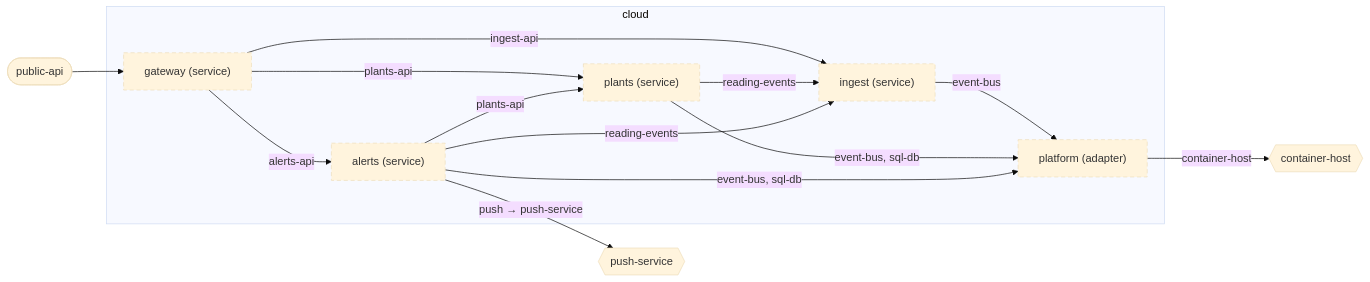
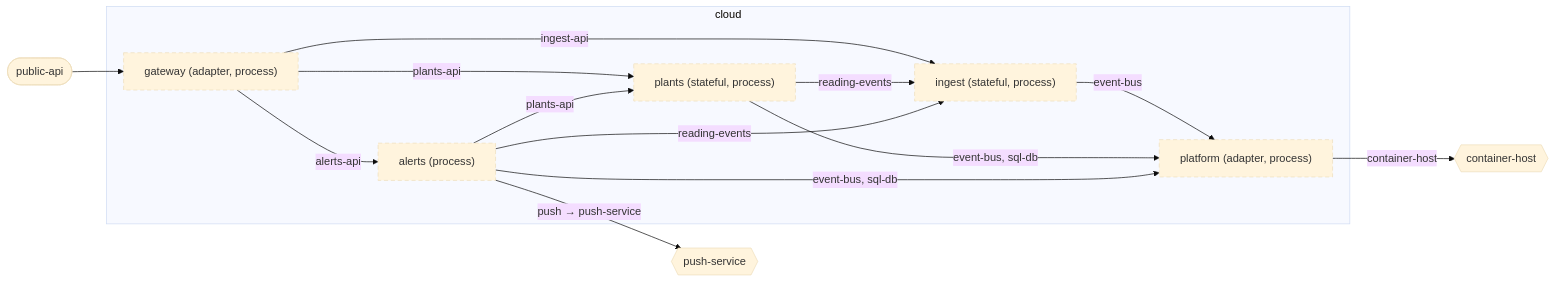
Before and after one commit to wackazong/unifold: the diagram in examples/plantwatch/cloud/docs/diagrams/component.md, drawn with Mermaid (base theme). The commit also changed other lines of this file and 216 other files, not shown here.

````diff
--- a/examples/plantwatch/cloud/docs/diagrams/component.md
+++ b/examples/plantwatch/cloud/docs/diagrams/component.md
@@ -8,30 +8,30 @@
 ```mermaid
 flowchart LR
   subgraph u_cloud["cloud"]
-    u_cloud__platform["platform (adapter)"]
-    u_cloud__services__alerts["alerts (service)"]
-    u_cloud__services__gateway["gateway (service)"]
-    u_cloud__services__ingest["ingest (service)"]
-    u_cloud__services__plants["plants (service)"]
+    u_cloud__platform["platform (adapter, process)"]
+    u_cloud__services__alerts["alerts (process)"]
+    u_cloud__services__gateway["gateway (adapter, process)"]
+    u_cloud__services__ingest["ingest (stateful, process)"]
+    u_cloud__services__plants["plants (stateful, process)"]
   end
   n_cloud___push_dservice{{"push-service"}}
   n_cloud___container_dhost{{"container-host"}}
   p_cloud___public_dapi(["public-api"])
   u_cloud__services__ingest -->|"event-bus"| u_cloud__platform
   u_cloud__services__plants -->|"event-bus, sql-db"| u_cloud__platform
   u_cloud__services__alerts -->|"event-bus, sql-db"| u_cloud__platform
   u_cloud__services__gateway -->|"ingest-api"| u_cloud__services__ingest
   u_cloud__services__gateway -->|"plants-api"| u_cloud__services__plants
   u_cloud__services__gateway -->|"alerts-api"| u_cloud__services__alerts
   u_cloud__services__plants -->|"reading-events"| u_cloud__services__ingest
   u_cloud__services__alerts -->|"reading-events"| u_cloud__services__ingest
   u_cloud__services__alerts -->|"plants-api"| u_cloud__services__plants
   u_cloud__services__alerts -->|"push → push-service"| n_cloud___push_dservice
   u_cloud__platform -->|"container-host"| n_cloud___container_dhost
   p_cloud___public_dapi --> u_cloud__services__gateway
   classDef focus stroke-width:4px
   classDef planned stroke-dasharray:6 4
   classDef deprecated stroke-dasharray:2 2,opacity:0.6
   classDef plain stroke-dasharray:2 3
   class u_cloud__platform,u_cloud__services__alerts,u_cloud__services__gateway,u_cloud__services__ingest,u_cloud__services__plants planned
 ```
````
